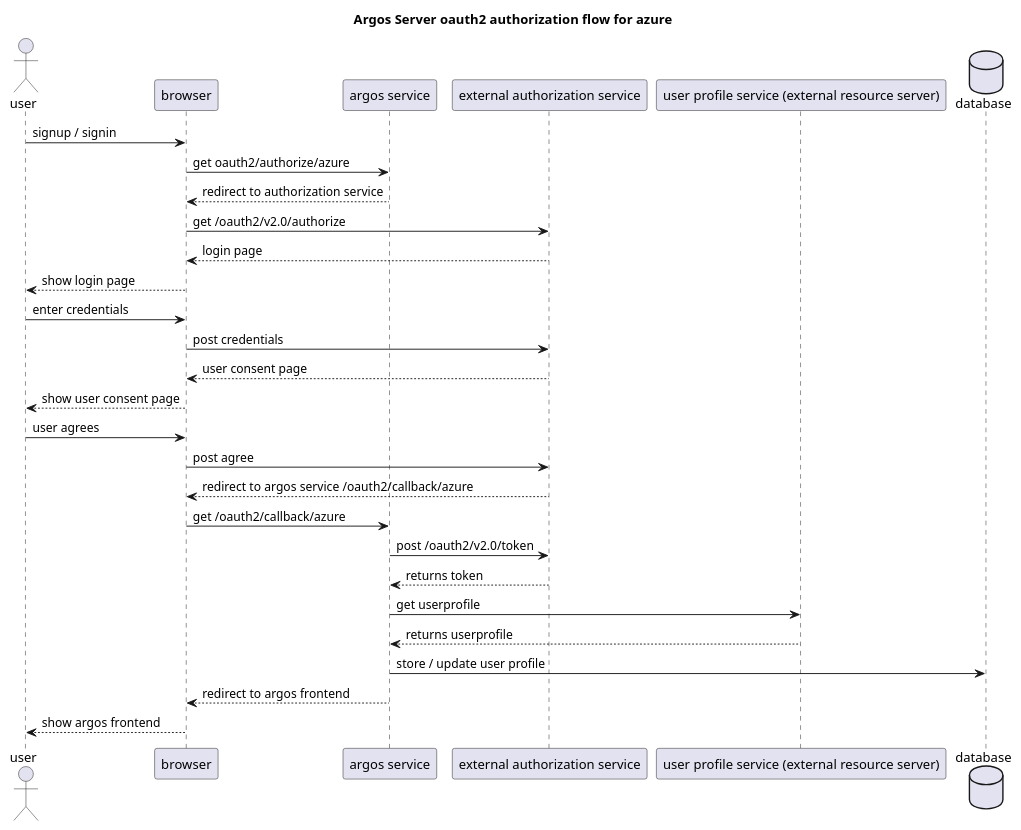
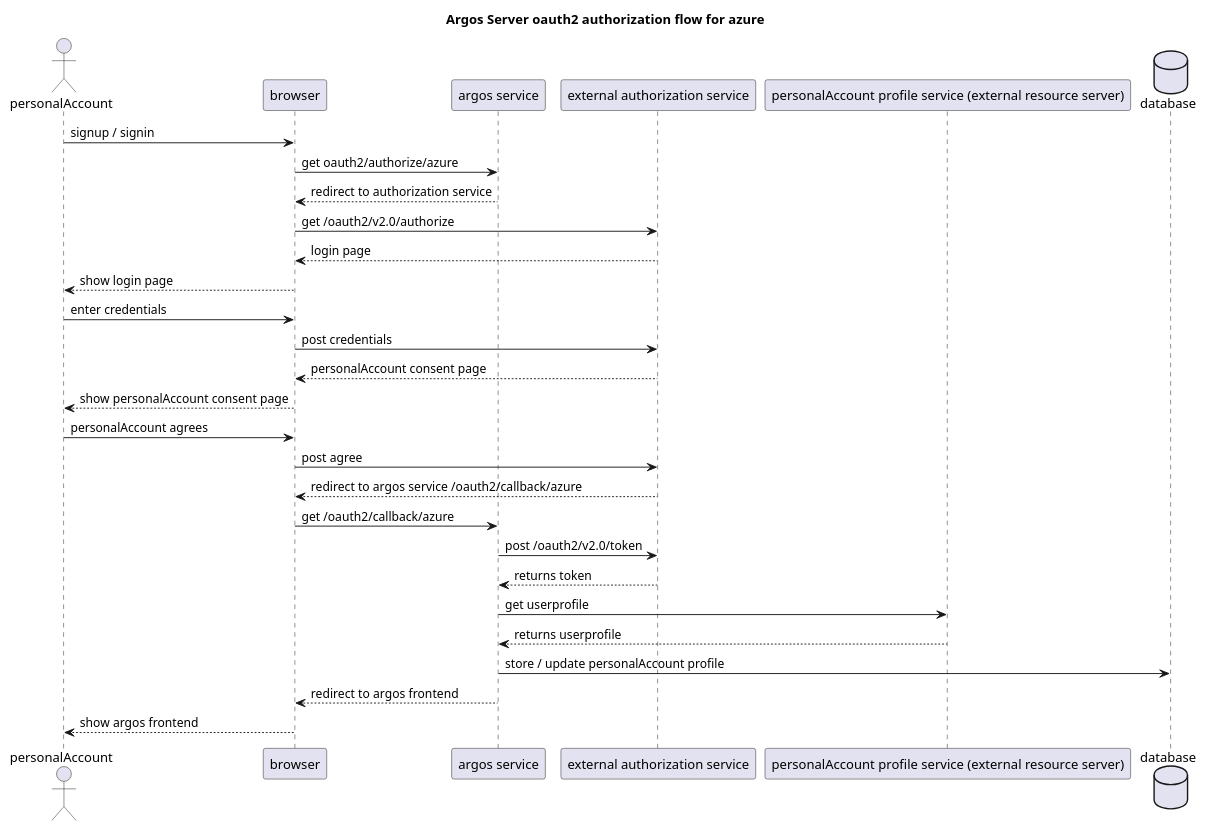
The diagram in docs/authentication.plantuml (rabobank/argos), drawn with PlantUML before and after one commit. The commit also changed 21 other files, not shown here.

```diff
--- a/docs/authentication.plantuml
+++ b/docs/authentication.plantuml
@@ -17,37 +17,37 @@
 @startuml
 
 title Argos Server oauth2 authorization flow for azure
 
-actor user
+actor personalAccount
 participant browser
 participant "argos service" as argos
 participant "external authorization service" as auth
-participant "user profile service (external resource server)" as up
+participant "personalAccount profile service (external resource server)" as up
 database "database"
 
-user -> browser: signup / signin
+personalAccount -> browser: signup / signin
 
 browser -> argos: get oauth2/authorize/azure
 argos --> browser: redirect to authorization service
 
 browser -> auth: get /oauth2/v2.0/authorize
 auth --> browser: login page
-browser --> user: show login page
+browser --> personalAccount: show login page
 
-user -> browser: enter credentials
+personalAccount -> browser: enter credentials
 browser -> auth: post credentials
-auth --> browser: user consent page
-browser --> user: show user consent page
+auth --> browser: personalAccount consent page
+browser --> personalAccount: show personalAccount consent page
 
-user -> browser: user agrees
+personalAccount -> browser: personalAccount agrees
 browser -> auth: post agree
 auth --> browser: redirect to argos service /oauth2/callback/azure
 browser -> argos: get /oauth2/callback/azure
 argos -> auth: post /oauth2/v2.0/token
 auth --> argos: returns token
 argos -> up: get userprofile
 up --> argos: returns userprofile
-argos -> database: store / update user profile
+argos -> database: store / update personalAccount profile
 argos --> browser: redirect to argos frontend
-browser --> user: show argos frontend
+browser --> personalAccount: show argos frontend
 @enduml
```
